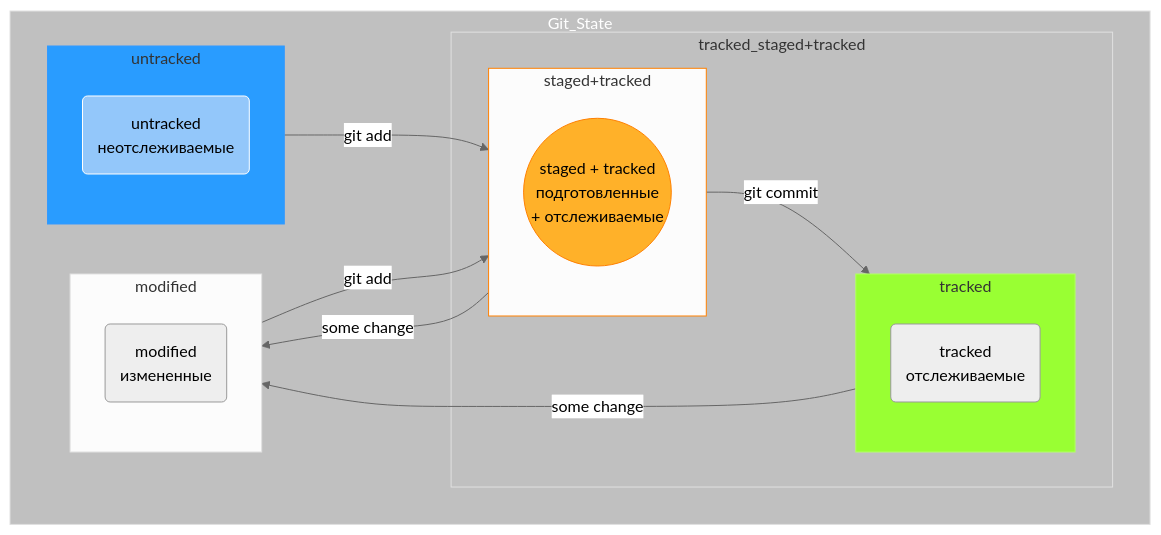
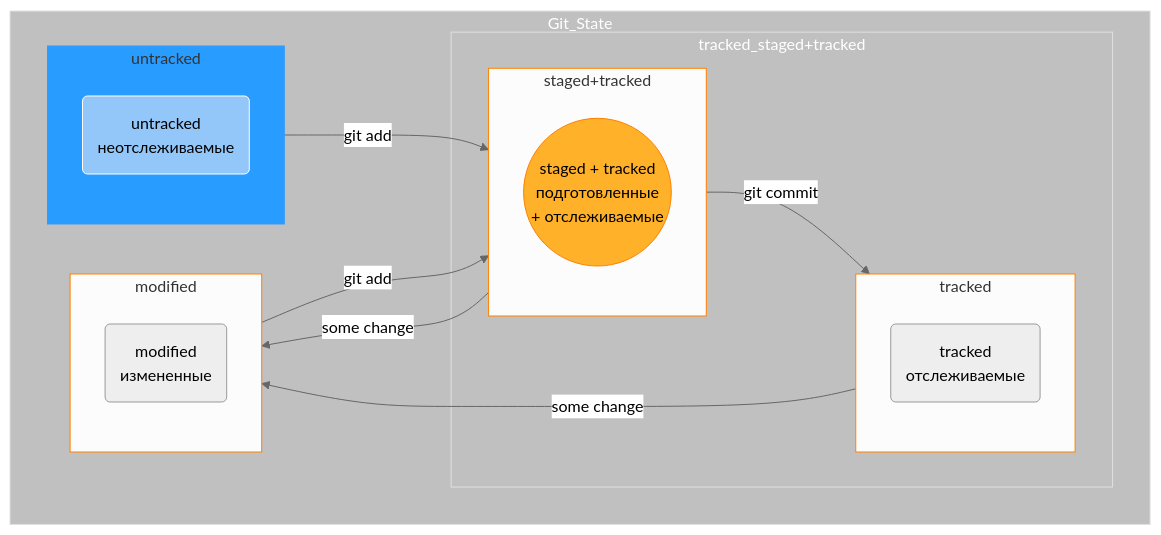
The diagram in README.md (AleksandrVakarin/GitInstructionMermaid), drawn with Mermaid (neutral theme) before and after one commit.

Commit message:
Изменить границу, изменить цвет границ для диаграммы

````diff
--- a/README.md
+++ b/README.md
@@ -93,51 +93,52 @@
 ```mermaid
 flowchart TD;
 	
 	stgd((staged + tracked<br>подготовленные<br> + отслеживаемые))
 	mdf(modified<br>измененные)
 	untr(untracked<br>неотслеживаемые)
 	trcd(tracked<br>отслеживаемые)
 
 
 	subgraph Git_State
 
 		subgraph untracked
 			untr
 		end
 
 		subgraph tracked_staged+tracked
 
 			subgraph tracked
 				trcd
 			end
 
 			subgraph staged+tracked
 				stgd
 			end
 
 		end
 
 		untracked-- git add -->staged+tracked
 		modified-- git add -->staged+tracked
 		staged+tracked-- some change -->modified
 		staged+tracked-- git commit -->tracked
 		tracked-- some change -->modified
 
 		subgraph modified
 			mdf
 		end
 
 	end
 
 	style Git_State fill: #C0C0C0, stroke: #E0E0E0
 	style stgd fill: #FFB129, stroke: #FF8000
 	style untr fill: #93C7FA, stroke: #FFFFFF
 	style untracked fill: #299CFF, stroke: #3399FF
-	style tracked fill: #99FF33, stroke: #B2FF66
+	style tracked stroke: #FF8000
 	style tracked_staged+tracked stroke: #E0E0E0, fill: #C0C0C0
 	style staged+tracked stroke: #FF8000
-	style modified stroke: #E0E0E0
+	style modified stroke: #FF8000
 
 	style Git_State color: #FFFFFF
+	style tracked_staged+tracked color: #FFFFFF
 
 ```
````
